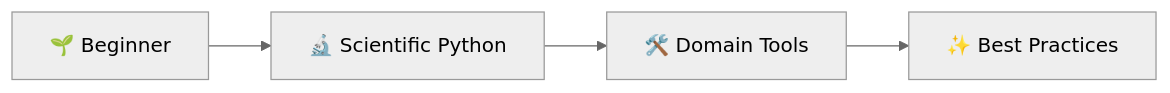
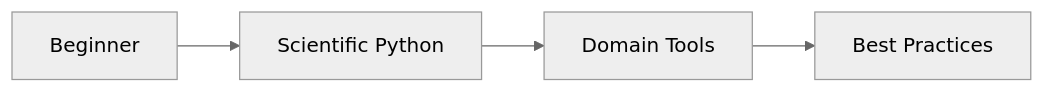
Before and after one commit to johnlavelle/python-learning-pathways: the diagram in slides.md, drawn with Mermaid (neutral theme). The commit also changed other lines of this file and 1 other file, not shown here.

````diff
--- a/slides.md
+++ b/slides.md
@@ -65,6 +65,6 @@
 ```mermaid
 graph LR
-    A[🌱 Beginner] --> B[🔬 Scientific Python]
-    B --> C[🛠️ Domain Tools]
-    C --> D[✨ Best Practices]
+    A[Beginner] --> B[Scientific Python]
+    B --> C[Domain Tools]
+    C --> D[Best Practices]
 ```
````
